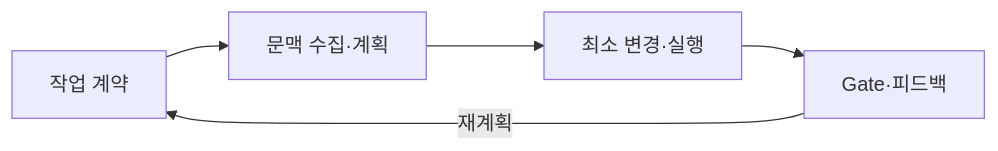
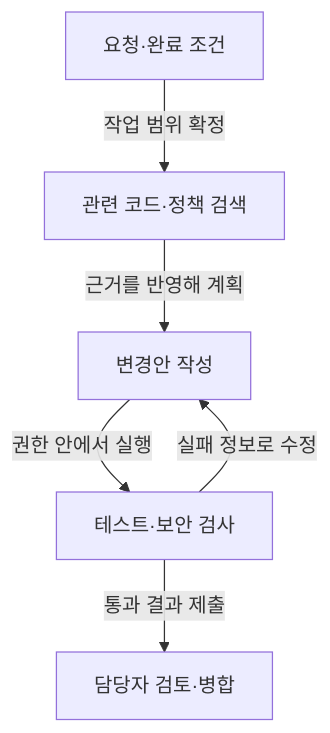
Before and after one commit to agnusdei1207/study: the second of 2 diagrams in src/content/docs/notes/itpe/02-software-engineering/046_ai_native_dev_platform.md, drawn with Mermaid. The commit also changed other lines of this file and 31 other files, not shown here.

Commit message:
docs(itpe): correct software engineering architecture and test notes

````diff
--- a/src/content/docs/notes/itpe/02-software-engineering/046_ai_native_dev_platform.md
+++ b/src/content/docs/notes/itpe/02-software-engineering/046_ai_native_dev_platform.md
@@ -100,7 +105,8 @@
 ```mermaid
-flowchart LR
-    A["작업 계약"] --> B["문맥 수집·계획"]
-    B --> C["최소 변경·실행"]
-    C --> D["Gate·피드백"]
-    D -->|"재계획"| A
+flowchart TD
+    A["요청·완료 조건"] -->|"작업 범위 확정"| B["관련 코드·정책 검색"]
+    B -->|"근거를 반영해 계획"| C["변경안 작성"]
+    C -->|"권한 안에서 실행"| D["테스트·보안 검사"]
+    D -->|"실패 정보로 수정"| C
+    D -->|"통과 결과 제출"| E["담당자 검토·병합"]
 ```
````
